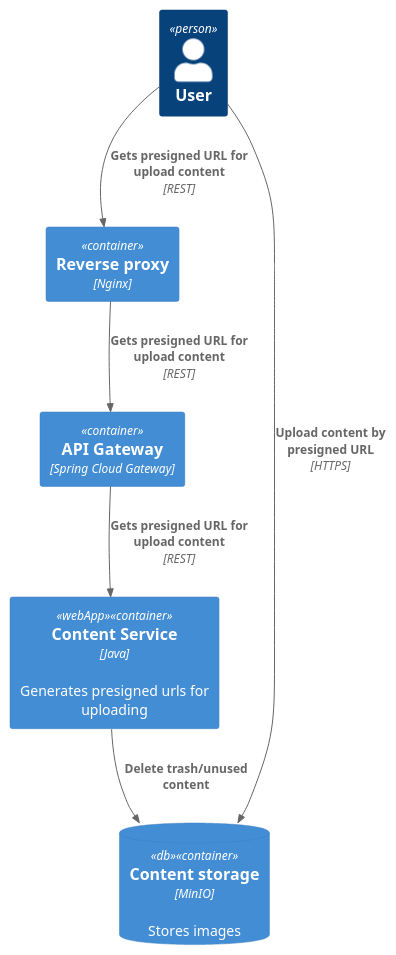
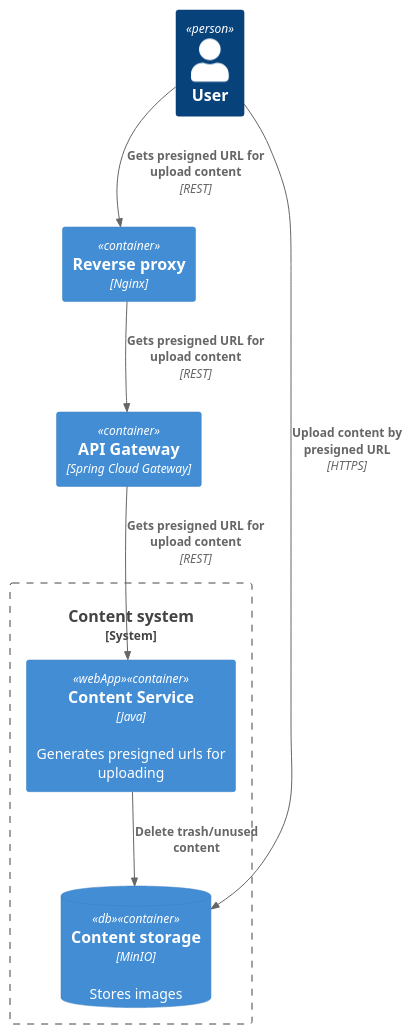
The diagram in architecture/content_system/container.puml (dmitry-bughunter/social_network_system_design), drawn with PlantUML before and after one commit. The commit also changed 1 other file, not shown here.

```diff
--- a/architecture/content_system/container.puml
+++ b/architecture/content_system/container.puml
@@ -1,16 +1,19 @@
 @startuml
 !include https://raw.githubusercontent.com/plantuml-stdlib/C4-PlantUML/master/C4_Container.puml
 
 Person(user, "User")
 
 Container(reverseProxy, "Reverse proxy", "Nginx")
 Container(apiGateway, "API Gateway", "Spring Cloud Gateway")
+
+System_Boundary(contentSystem, "Content system") {
 Container(contentService, "Content Service", "Java", "Generates presigned urls for uploading", $tags="webApp")
 ContainerDb(contentStorage, "Content storage", "MinIO", "Stores images",  $tags="db")
+}
 
 Rel(user, reverseProxy, "Gets presigned URL for upload content", "REST")
 Rel(reverseProxy, apiGateway, "Gets presigned URL for upload content", "REST")
 Rel(apiGateway, contentService, "Gets presigned URL for upload content", "REST")
 Rel(contentService, contentStorage, "Delete trash/unused content")
 Rel(user, contentStorage, "Upload content by presigned URL", "HTTPS")
 @enduml
```
